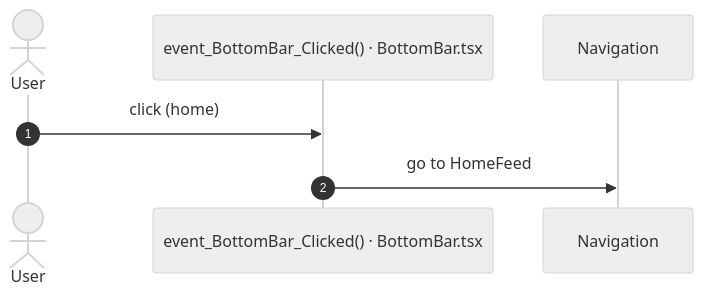
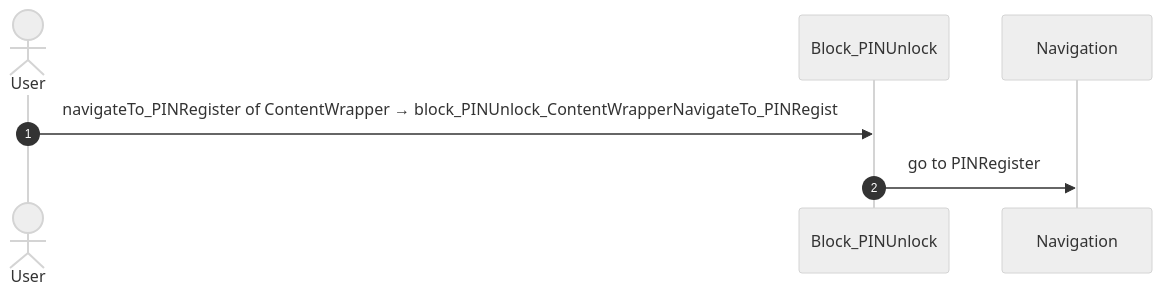
Before and after one commit to Phoenix-DX/connect-new-ui: the third of 13 diagrams in migration/route-actions/APP_SHELL.md, drawn with Mermaid (neutral theme). The commit also changed other lines of this file and 9 other files, not shown here.

Commit message:
route actions: facts only; user actions as two independent lists (OutSystems view bindings, React JSX bindings) with Mermaid sequences; factual call columns (direct caller, chains, React references); app shell by definition (survey shell, main.tsx code); constants read for React paths

````diff
--- a/migration/route-actions/APP_SHELL.md
+++ b/migration/route-actions/APP_SHELL.md
@@ -168,9 +139,9 @@
 ```mermaid
 sequenceDiagram
   autonumber
   actor U as User
-  participant H as event_BottomBar_Clicked() · BottomBar.tsx
+  participant B as Block_PINUnlock
   participant N as Navigation
-  U->>H: click (home)
-  H->>N: go to HomeFeed
+  U->>B: navigateTo_PINRegister of ContentWrapper → block_PINUnlock_ContentWrapperNavigateTo_PINRegist
+  B->>N: go to PINRegister
 ```
````
